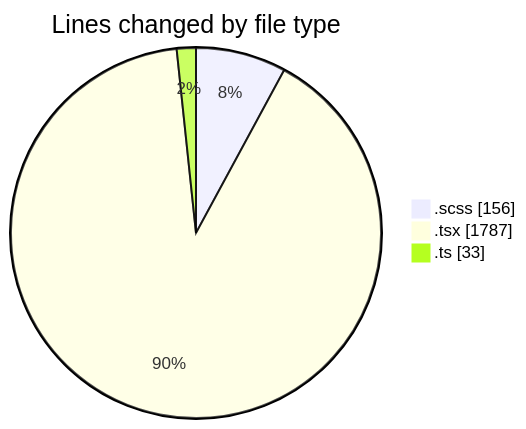
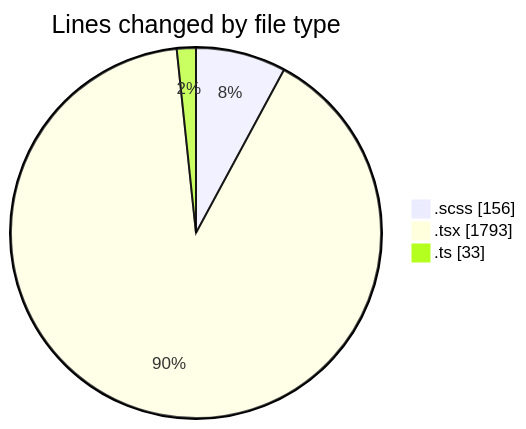
Before and after one commit to momahboobian/code-tracking: the first of 2 diagrams in 2025-02-10/cda/README.md, drawn with Mermaid. The commit also changed other lines of this file and 1 other file, not shown here.

````diff
--- a/2025-02-10/cda/README.md
+++ b/2025-02-10/cda/README.md
@@ -25,7 +25,7 @@
 ```mermaid
 pie showData
 title Lines changed by file type
 ".scss" : 156
-".tsx" : 1787
+".tsx" : 1793
 ".ts" : 33
 ```
````
